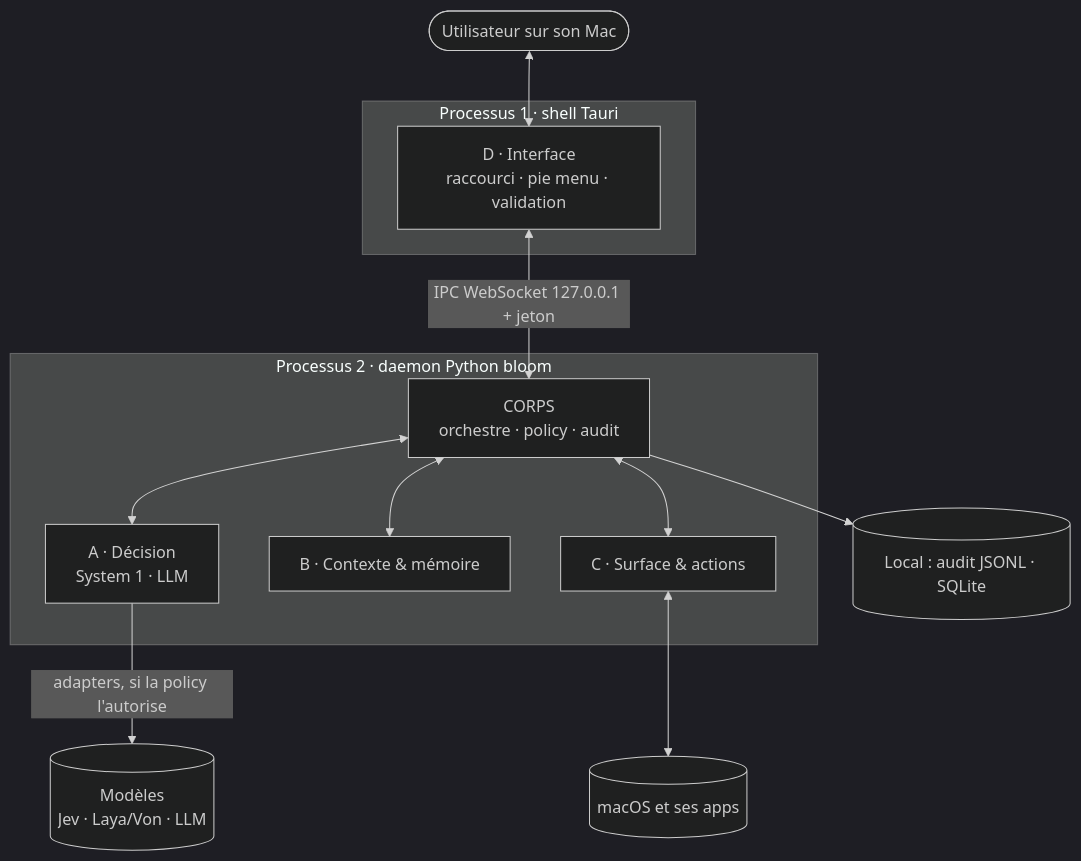
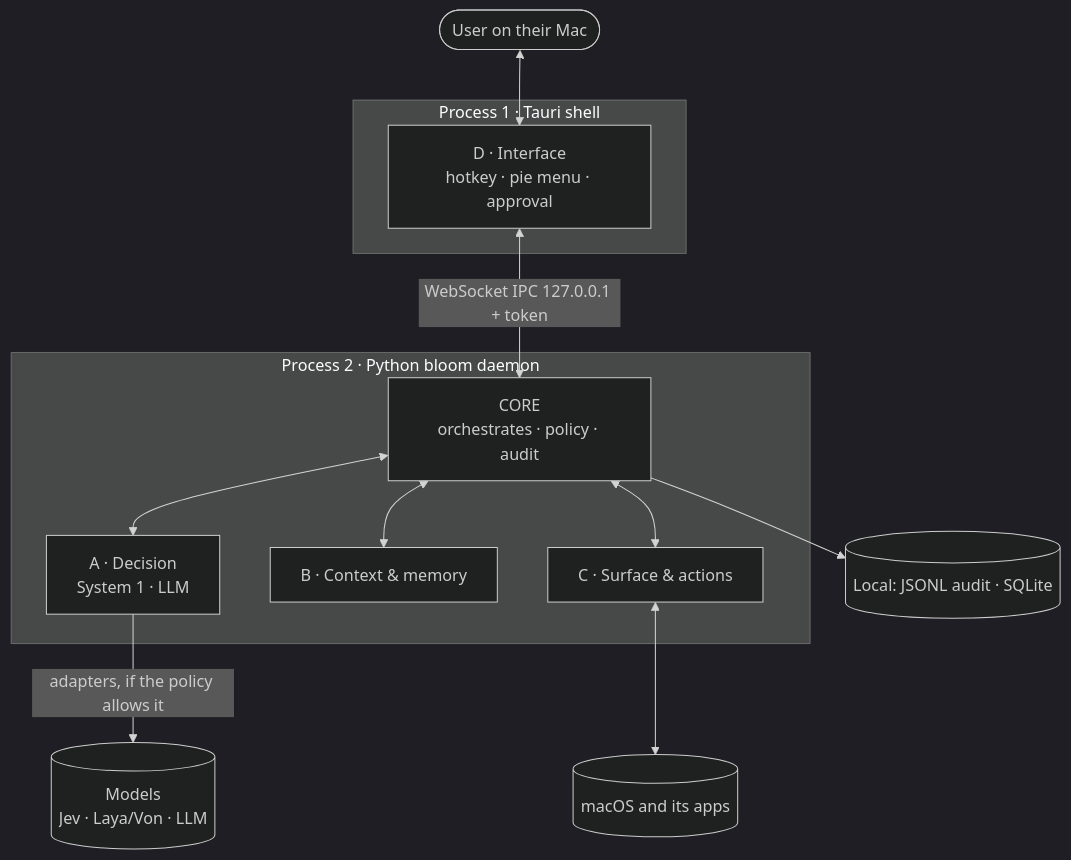
Before and after one commit to ramosleandre/bloom-core: the first of 3 diagrams in docs/architecture.md, drawn with Mermaid (dark theme). The commit also changed other lines of this file and 67 other files, not shown here.

````diff
--- a/docs/architecture.md
+++ b/docs/architecture.md
@@ -7,25 +7,25 @@
 ```mermaid
 flowchart TB
-    U(["Utilisateur sur son Mac"])
-    subgraph SHELL["Processus 1 · shell Tauri"]
-        D["D · Interface<br/>raccourci · pie menu · validation"]
+    U(["User on their Mac"])
+    subgraph SHELL["Process 1 · Tauri shell"]
+        D["D · Interface<br/>hotkey · pie menu · approval"]
     end
-    subgraph CORE["Processus 2 · daemon Python bloom"]
-        K["CORPS<br/>orchestre · policy · audit"]
-        A["A · Décision<br/>System 1 · LLM"]
-        B["B · Contexte & mémoire"]
+    subgraph CORE["Process 2 · Python bloom daemon"]
+        K["CORE<br/>orchestrates · policy · audit"]
+        A["A · Decision<br/>System 1 · LLM"]
+        B["B · Context & memory"]
         C["C · Surface & actions"]
     end
-    MAC[("macOS et ses apps")]
-    MOD[("Modèles<br/>Jev · Laya/Von · LLM")]
-    STO[("Local : audit JSONL · SQLite")]
+    MAC[("macOS and its apps")]
+    MOD[("Models<br/>Jev · Laya/Von · LLM")]
+    STO[("Local: JSONL audit · SQLite")]
 
     U <--> D
-    D <-->|"IPC WebSocket 127.0.0.1 + jeton"| K
+    D <-->|"WebSocket IPC 127.0.0.1 + token"| K
     K <--> A
     K <--> B
     K <--> C
     C <--> MAC
-    A -->|"adapters, si la policy l'autorise"| MOD
+    A -->|"adapters, if the policy allows it"| MOD
     K --> STO
 ```
````
